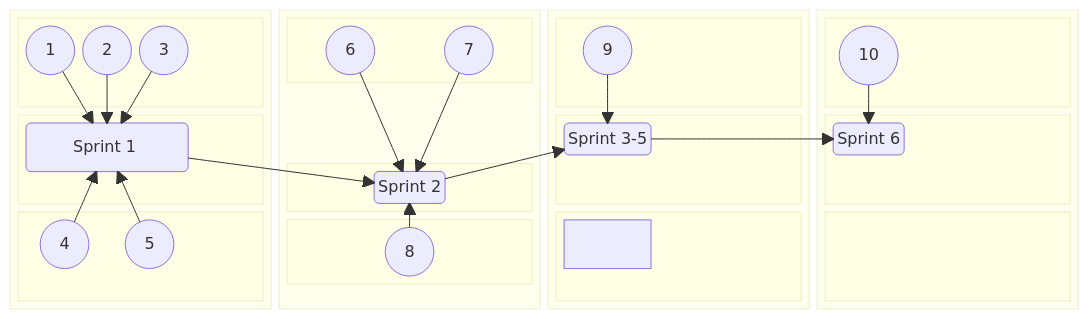
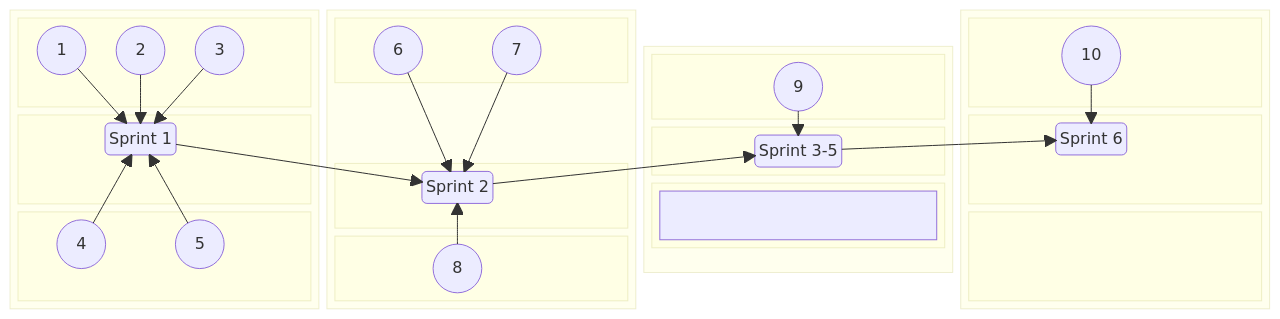
One commit to jdmedlock/mermaid_testing changed the second of 2 diagrams in README.md. Above: the diagram before and after it, drawn with Mermaid.

Commit message:
Feature: Add annotations to test layout

```diff
--- a/README.md
+++ b/README.md
@@ -98,7 +98,10 @@
         A3(("&nbsp;&nbsp; 3 &nbsp;&nbsp;"))
       end
       block:B1CENTER
-        SPRINT1("Sprint 1&nbsp;")
+        columns 3
+        space
+        SPRINT1("Sprint 1")
+        space
       end
       block:B1BOTTOM
         A4(("&nbsp;&nbsp; 4 &nbsp;&nbsp;"))
@@ -138,7 +141,10 @@
         A9(("&nbsp;&nbsp; 9 &nbsp;&nbsp;"))
       end
       block:B3CENTER
+        columns 3
+        space
         SPRINTS35("Sprint 3-5")
+        space
       end
       block:B3BOTTOM
         &nbsp;
@@ -152,7 +158,10 @@
         A10(("&nbsp;&nbsp; 10 &nbsp;&nbsp;"))
       end
       block:B4CENTER
+        columns 3
+        space
         SPRINT6("Sprint 6")
+        space
       end
       block:B4BOTTOM
         &nbsp;
```
